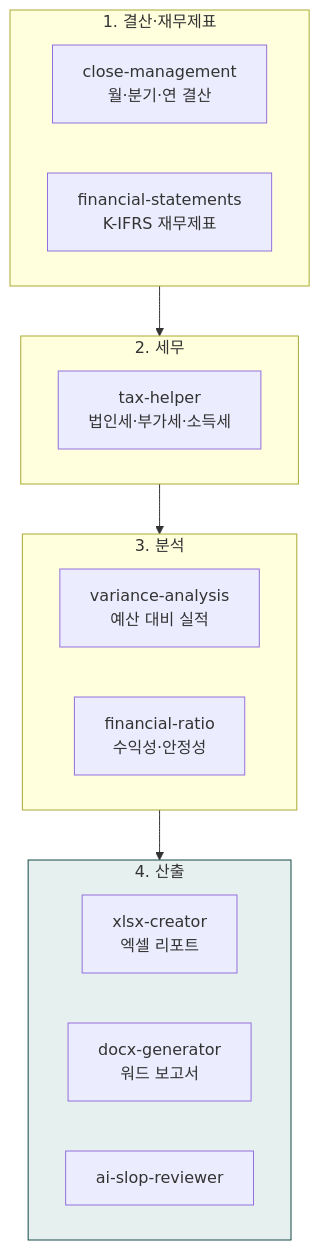
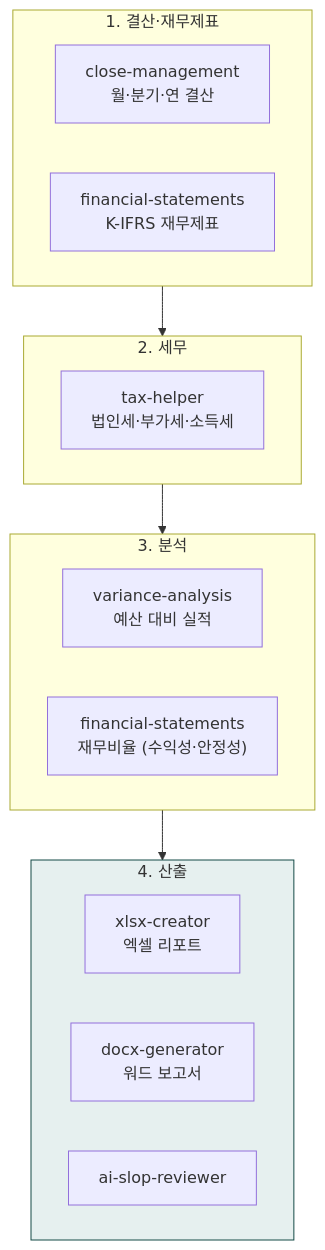
The first of 2 diagrams in content/cookbook/tracks/track-finance.md (modu-ai/claude), drawn with Mermaid before and after one commit. The commit also changed other lines of this file and 84 other files, not shown here.

First line of the commit message:
docs(docs-site): drawio → mermaid 전환 + 카운트 정정 + drawio 잔재 제거 (v2.23.0)

````diff
--- a/content/cookbook/tracks/track-finance.md
+++ b/content/cookbook/tracks/track-finance.md
@@ -14,21 +14,21 @@
 ```mermaid
 flowchart TD
     subgraph 결산["1. 결산·재무제표"]
         A1["close-management<br/>월·분기·연 결산"]
         A2["financial-statements<br/>K-IFRS 재무제표"]
     end
     subgraph 세무["2. 세무"]
         B1["tax-helper<br/>법인세·부가세·소득세"]
     end
     subgraph 분석["3. 분석"]
         C1["variance-analysis<br/>예산 대비 실적"]
-        C2["financial-ratio<br/>수익성·안정성"]
+        C2["financial-statements<br/>재무비율 (수익성·안정성)"]
     end
     subgraph 산출["4. 산출"]
         D1["xlsx-creator<br/>엑셀 리포트"]
         D2["docx-generator<br/>워드 보고서"]
         D3["ai-slop-reviewer"]
     end
     결산 --> 세무 --> 분석 --> 산출
     style 산출 fill:#e6f0ef,stroke:#144a46
 ```
````
